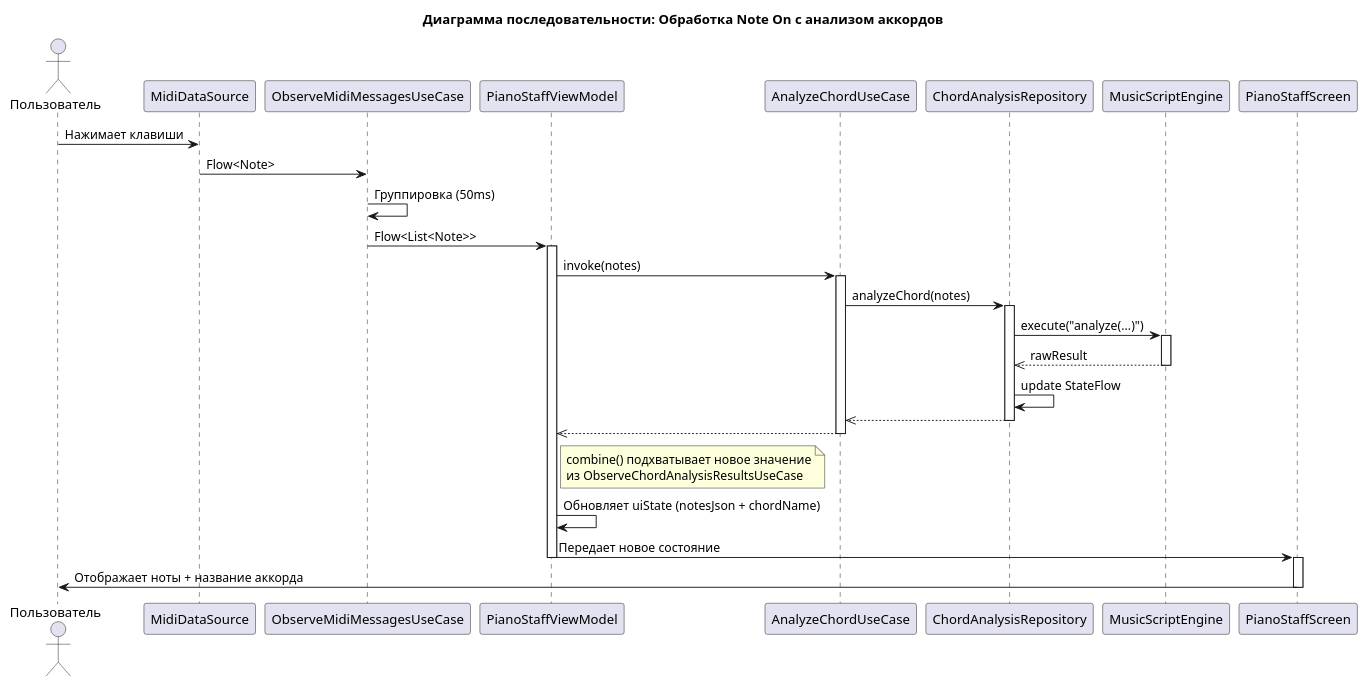
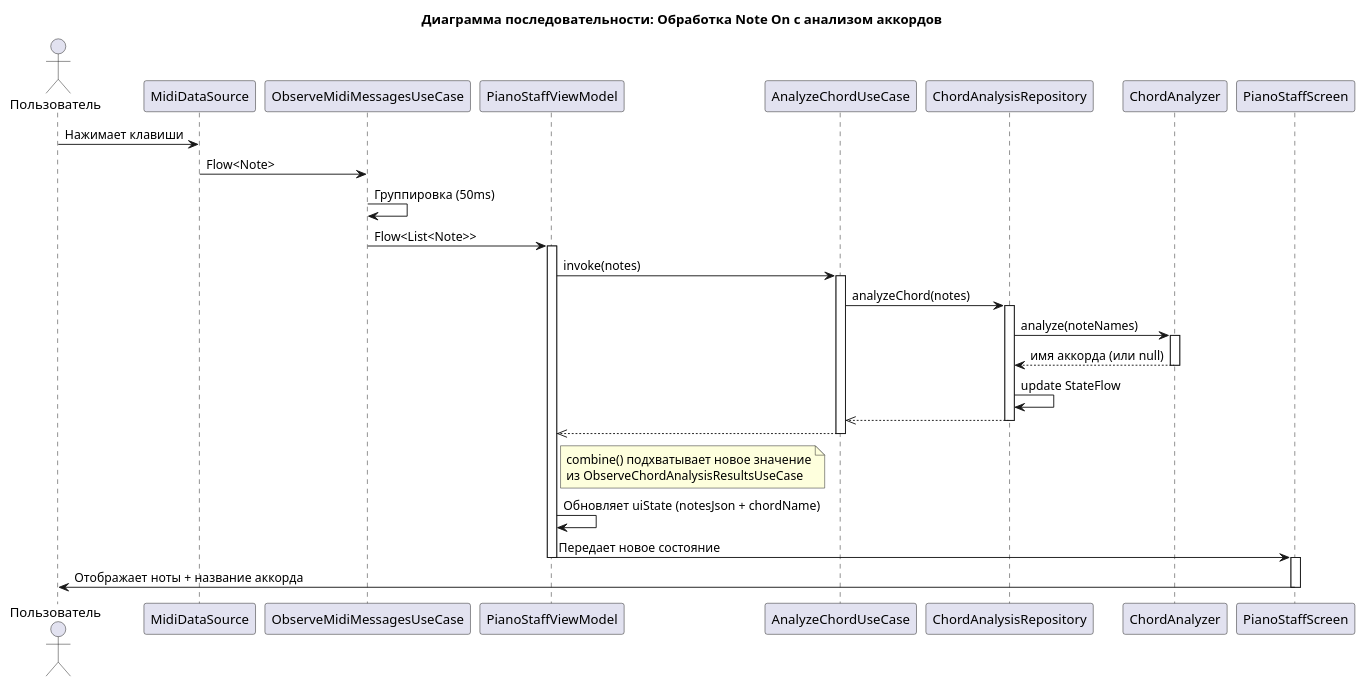
The eighth of 10 diagrams in docs/ru/specs/MIDI_MESSAGE_PROCESSING.md (astrizhachuk/PianoFlow), drawn with PlantUML before and after one commit. The commit also changed other lines of this file and 30 other files, not shown here.

````diff
--- a/docs/ru/specs/MIDI_MESSAGE_PROCESSING.md
+++ b/docs/ru/specs/MIDI_MESSAGE_PROCESSING.md
@@ -428,45 +417,45 @@
 ```plantuml
 @startuml
 title Диаграмма последовательности: Обработка Note On с анализом аккордов
 
 actor Пользователь as User
 participant "MidiDataSource" as DS
 participant "ObserveMidiMessagesUseCase" as UC
 participant "PianoStaffViewModel" as VM
 participant "AnalyzeChordUseCase" as AnalyzeUC
 participant "ChordAnalysisRepository" as Repo
-participant "MusicScriptEngine" as JS
+participant "ChordAnalyzer" as Analyzer
 participant "PianoStaffScreen" as Screen
 
 User -> DS : Нажимает клавиши
 DS -> UC : Flow<Note>
 UC -> UC : Группировка (50ms)
 UC -> VM : Flow<List<Note>>
 activate VM
 
 VM -> AnalyzeUC : invoke(notes)
 activate AnalyzeUC
 AnalyzeUC -> Repo : analyzeChord(notes)
 activate Repo
-Repo -> JS : execute("analyze(...)")
-activate JS
-JS -->> Repo : rawResult
-deactivate JS
+Repo -> Analyzer : analyze(noteNames)
+activate Analyzer
+Analyzer --> Repo : имя аккорда (или null)
+deactivate Analyzer
 Repo -> Repo : update StateFlow
 Repo -->> AnalyzeUC
 deactivate Repo
 AnalyzeUC -->> VM
 deactivate AnalyzeUC
 
 note right of VM: combine() подхватывает новое значение\nиз ObserveChordAnalysisResultsUseCase
 
 VM -> VM : Обновляет uiState (notesJson + chordName)
 VM -> Screen : Передает новое состояние
 deactivate VM
 activate Screen
 
 Screen -> User : Отображает ноты + название аккорда
 deactivate Screen
 
 @enduml
 ```
````
